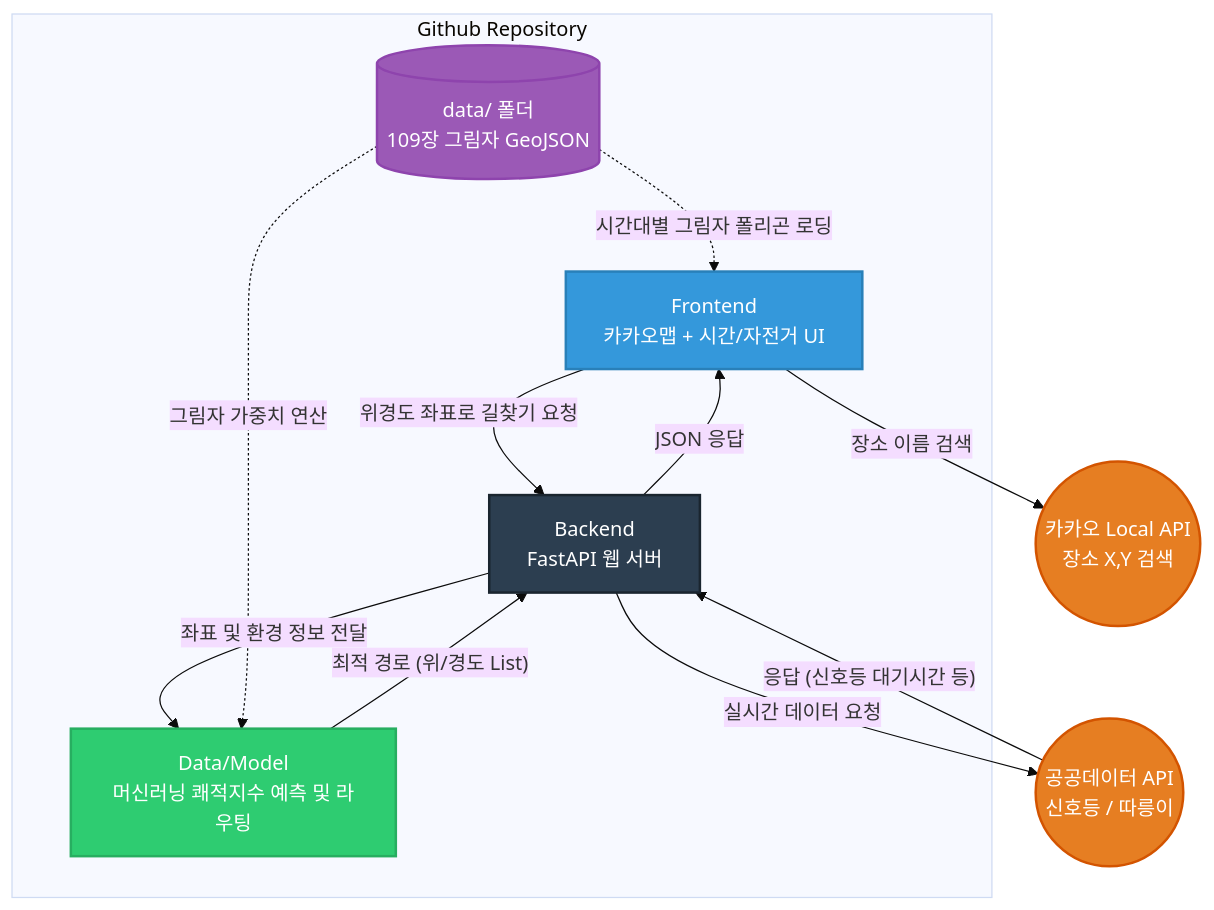
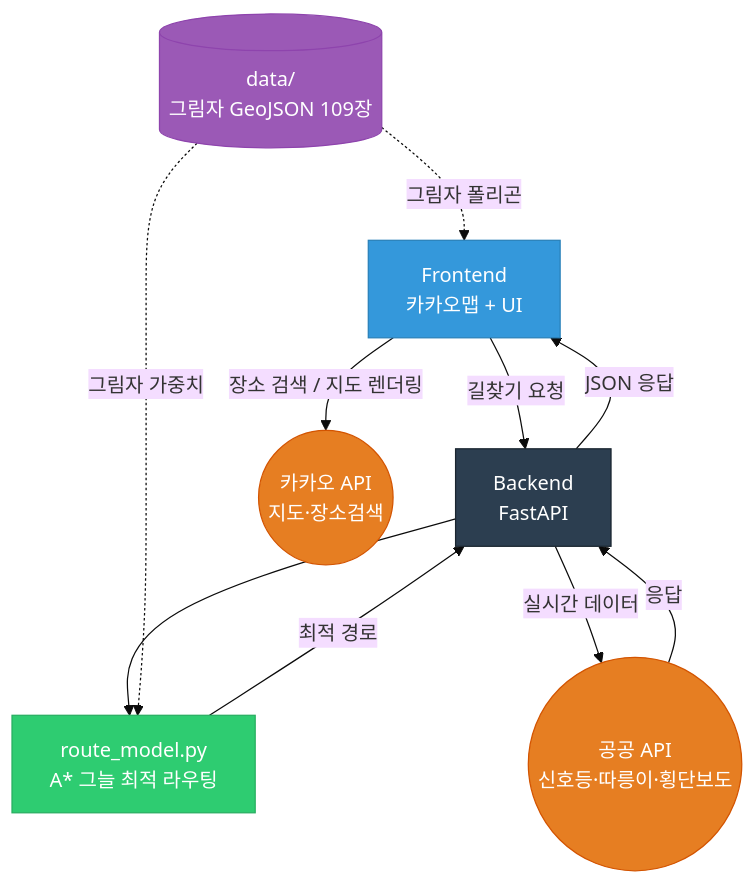
One commit to msjoon0811/shadow-nav changed the diagram in README.md. Above: the diagram before and after it, drawn with Mermaid (base theme). The commit also changed other lines of this file and 6 other files, not shown here.

Commit message:
feat: 카카오맵 전환·검색 자동완성·횡단보도 제약·신호 필터링 개선

````diff
--- a/README.md
+++ b/README.md
@@ -43,30 +42,25 @@
 ```mermaid
 graph TD
-    classDef frontend fill:#3498db,stroke:#2980b9,stroke-width:2px,color:#fff;
-    classDef precalc fill:#9b59b6,stroke:#8e44ad,stroke-width:2px,color:#fff;
-    classDef api fill:#e67e22,stroke:#d35400,stroke-width:2px,color:#fff;
-    classDef backend fill:#2c3e50,stroke:#1a252f,stroke-width:2px,color:#fff;
-    classDef model fill:#2ecc71,stroke:#27ae60,stroke-width:2px,color:#fff;
+    classDef frontend fill:#3498db,stroke:#2980b9,color:#fff;
+    classDef api fill:#e67e22,stroke:#d35400,color:#fff;
+    classDef backend fill:#2c3e50,stroke:#1a252f,color:#fff;
+    classDef model fill:#2ecc71,stroke:#27ae60,color:#fff;
+    classDef data fill:#9b59b6,stroke:#8e44ad,color:#fff;
 
-    subgraph Github Repository
-        UI[Frontend<br>카카오맵 + 시간/자전거 UI]:::frontend
-        API_SERVER[Backend<br>FastAPI 웹 서버]:::backend
-        MODEL[Data/Model<br>머신러닝 쾌적지수 예측 및 라우팅]:::model
-        DB[(data/ 폴더<br>109장 그림자 GeoJSON)]:::precalc
-    end
+    UI[Frontend<br>카카오맵 + UI]:::frontend
+    SERVER[Backend<br>FastAPI]:::backend
+    MODEL[route_model.py<br>A* 그늘 최적 라우팅]:::model
+    DB[(data/<br>그림자 GeoJSON 109장)]:::data
+    PUB((공공 API<br>신호등·따릉이·횡단보도)):::api
+    KAKAO((카카오 API<br>지도·장소검색)):::api
 
-    PUB_API((공공데이터 API<br>신호등 / 따릉이)):::api
-    KAKAO_API((카카오 Local API<br>장소 X,Y 검색)):::api
-
-    UI -- "장소 이름 검색" --> KAKAO_API
-    UI -- "위경도 좌표로 길찾기 요청" --> API_SERVER
-    API_SERVER -- "실시간 데이터 요청" --> PUB_API
-    PUB_API -- "응답 (신호등 대기시간 등)" --> API_SERVER
-    
-    API_SERVER -- "좌표 및 환경 정보 전달" --> MODEL
-    DB -. "그림자 가중치 연산" .-> MODEL
-    MODEL -- "최적 경로 (위/경도 List)" --> API_SERVER
-    
-    API_SERVER -- "JSON 응답" --> UI
-    DB -. "시간대별 그림자 폴리곤 로딩" .-> UI
+    UI -- 장소 검색 / 지도 렌더링 --> KAKAO
+    UI -- 길찾기 요청 --> SERVER
+    SERVER -- 실시간 데이터 --> PUB
+    PUB -- 응답 --> SERVER
+    SERVER --> MODEL
+    DB -. 그림자 가중치 .-> MODEL
+    MODEL -- 최적 경로 --> SERVER
+    SERVER -- JSON 응답 --> UI
+    DB -. 그림자 폴리곤 .-> UI
 ```
````
